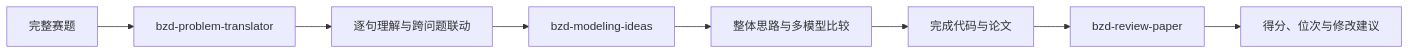
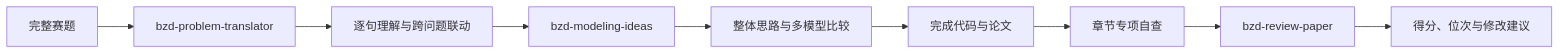
One commit to BZDmathclub/bzd-math-modeling-skills changed the second of 2 diagrams in README.md. Above: the diagram before and after it, drawn with Mermaid. The commit also changed other lines of this file, not shown here.

````diff
--- a/README.md
+++ b/README.md
@@ -168,10 +156,11 @@
 ```mermaid
 flowchart LR
     A["完整赛题"] --> B["bzd-problem-translator"]
     B --> C["逐句理解与跨问题联动"]
     C --> D["bzd-modeling-ideas"]
     D --> E["整体思路与多模型比较"]
     E --> F["完成代码与论文"]
-    F --> G["bzd-review-paper"]
-    G --> H["得分、位次与修改建议"]
+    F --> G["章节专项自查"]
+    G --> H["bzd-review-paper"]
+    H --> I["得分、位次与修改建议"]
 ```
````
